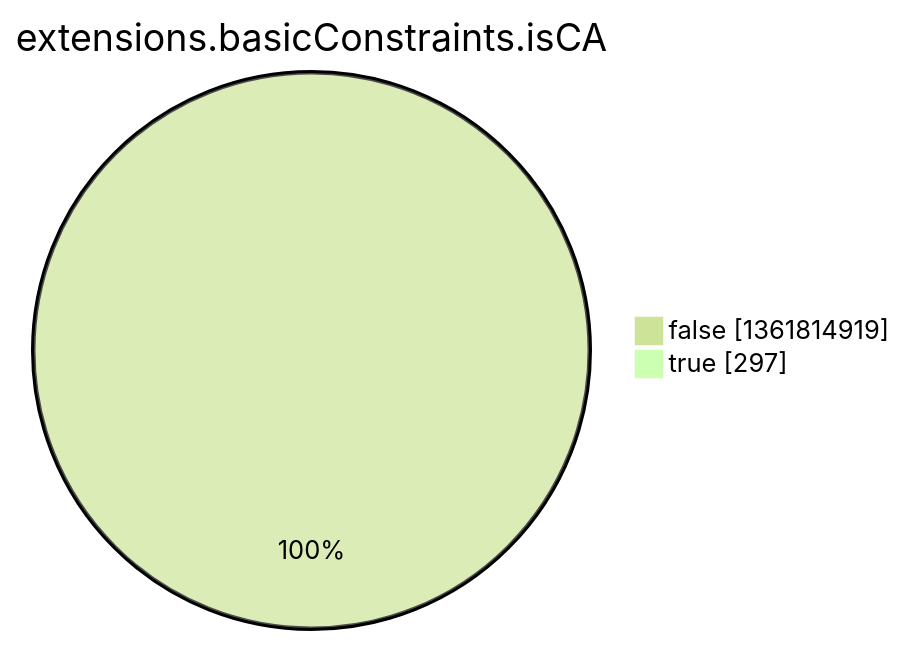
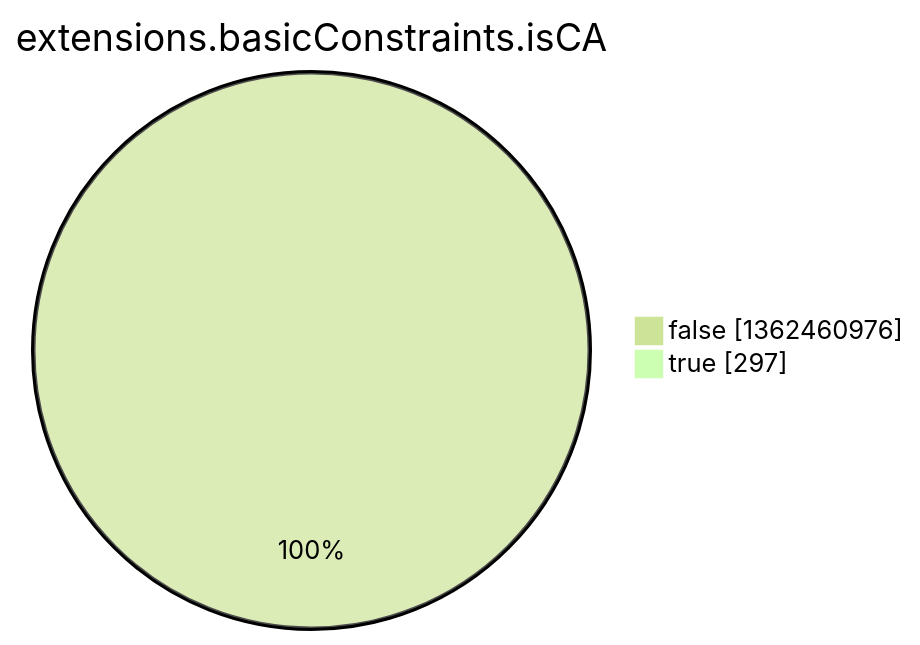
One commit to christiankrug/ctmonitor_visualization changed the eighth of 15 diagrams in argon2022/README.md. Above: the diagram before and after it, drawn with Mermaid (forest theme). The commit also changed other lines of this file, not shown here.

````diff
--- a/argon2022/README.md
+++ b/argon2022/README.md
@@ -2758,6 +2758,6 @@
 ```mermaid
 pie showData
 title extensions.basicConstraints.isCA
-"false" :1361814919
+"false" :1362460976
 "true" :297
 ```
````
